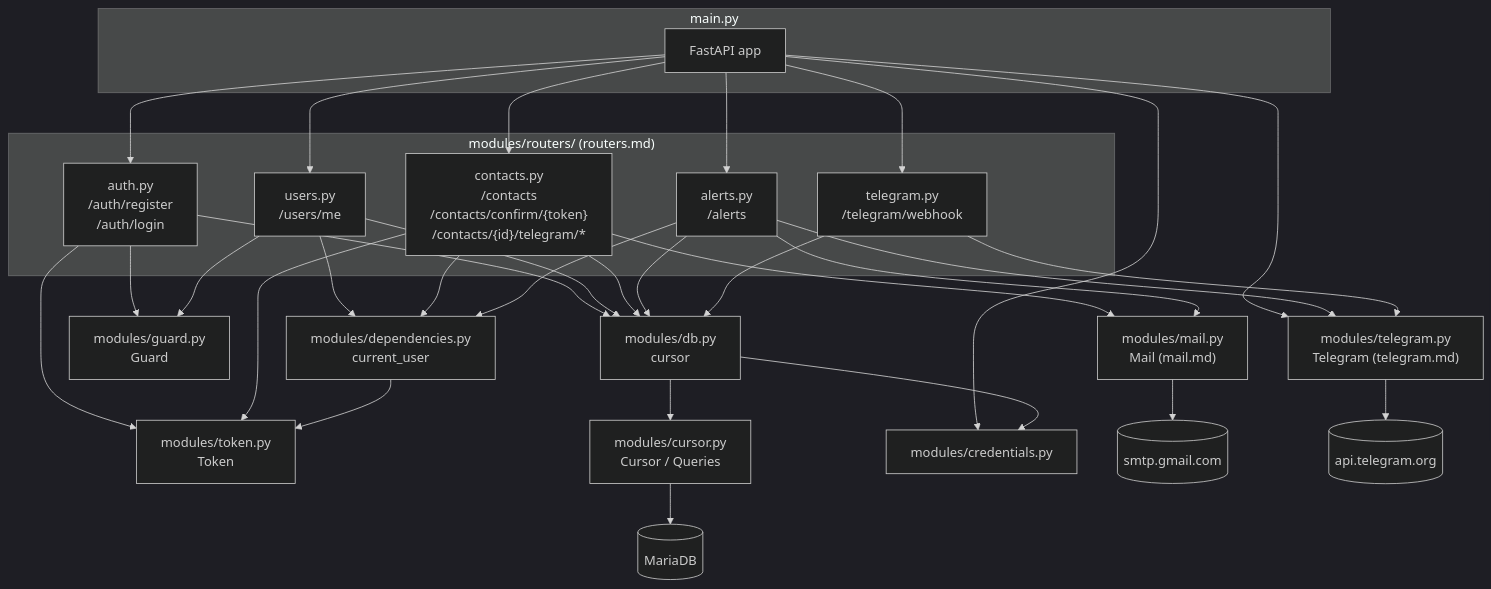
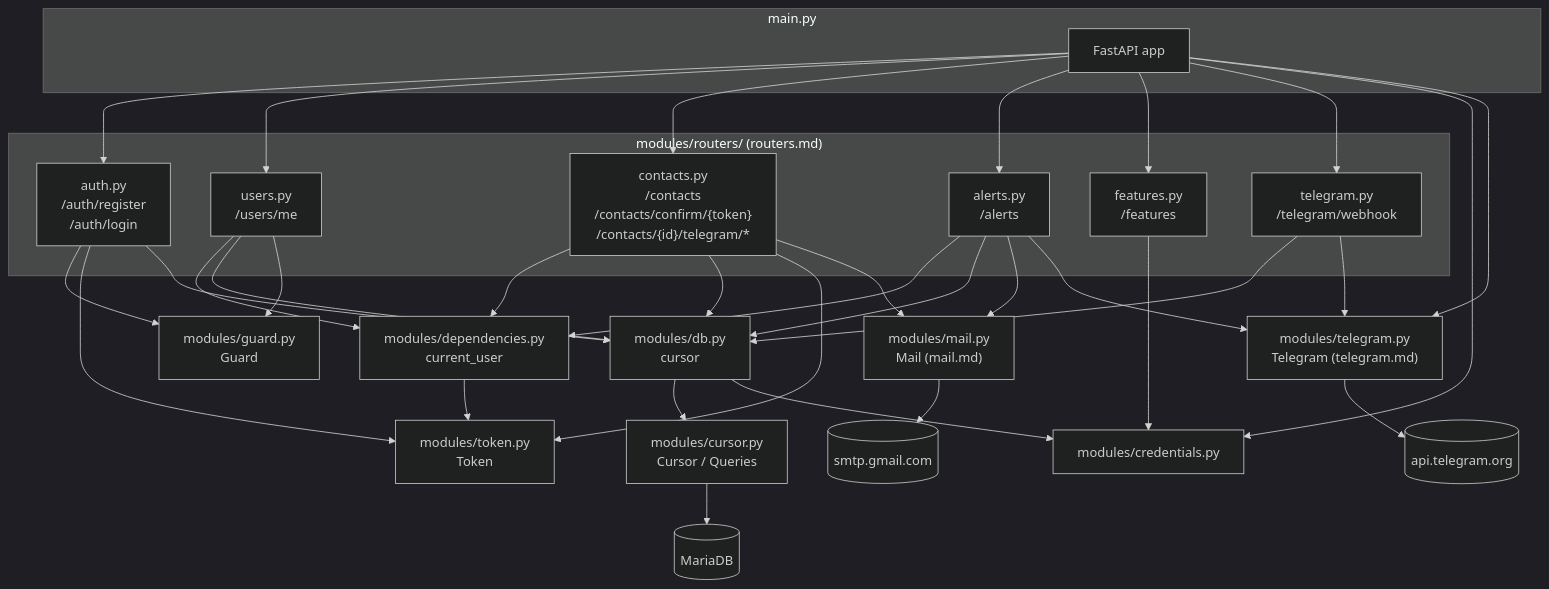
The diagram in docs/backend/main.md (skellent/iOS-compiler), drawn with Mermaid (dark theme) before and after one commit. The commit also changed other lines of this file and 4 other files, not shown here.

First line of the commit message:
Add GET /features so the app can tell which integrations are live

````diff
--- a/docs/backend/main.md
+++ b/docs/backend/main.md
@@ -110,63 +111,67 @@
 ```mermaid
 flowchart TD
     subgraph main["main.py"]
         APP["FastAPI app"]
     end
 
     subgraph routers["modules/routers/ (routers.md)"]
         AUTH["auth.py<br/>/auth/register<br/>/auth/login"]
         USR["users.py<br/>/users/me"]
         CON["contacts.py<br/>/contacts<br/>/contacts/confirm/{token}<br/>/contacts/{id}/telegram/*"]
         ALT["alerts.py<br/>/alerts"]
+        FEAT["features.py<br/>/features"]
         TGR["telegram.py<br/>/telegram/webhook"]
     end
 
     DEPS["modules/dependencies.py<br/>current_user"]
     TOKEN["modules/token.py<br/>Token"]
     GUARD["modules/guard.py<br/>Guard"]
     MAIL["modules/mail.py<br/>Mail (mail.md)"]
     TG["modules/telegram.py<br/>Telegram (telegram.md)"]
     DB["modules/db.py<br/>cursor"]
     CURSOR["modules/cursor.py<br/>Cursor / Queries"]
     CRED["modules/credentials.py"]
     MARIADB[(MariaDB)]
     SMTP[(smtp.gmail.com)]
     TGAPI[(api.telegram.org)]
 
     APP --> AUTH
     APP --> USR
     APP --> CON
     APP --> ALT
+    APP --> FEAT
     APP --> TGR
     APP --> CRED
     APP --> TG
 
     AUTH --> GUARD
     AUTH --> TOKEN
     AUTH --> DB
 
     USR --> DEPS
     USR --> DB
     USR --> GUARD
 
     CON --> DEPS
     CON --> DB
     CON --> TOKEN
     CON --> MAIL
 
     ALT --> DEPS
     ALT --> DB
     ALT --> MAIL
     ALT --> TG
 
+    FEAT --> CRED
+
     TGR --> DB
     TGR --> TG
 
     DEPS --> TOKEN
 
     DB --> CURSOR
     DB --> CRED
     CURSOR --> MARIADB
     MAIL --> SMTP
     TG --> TGAPI
 ```
````
